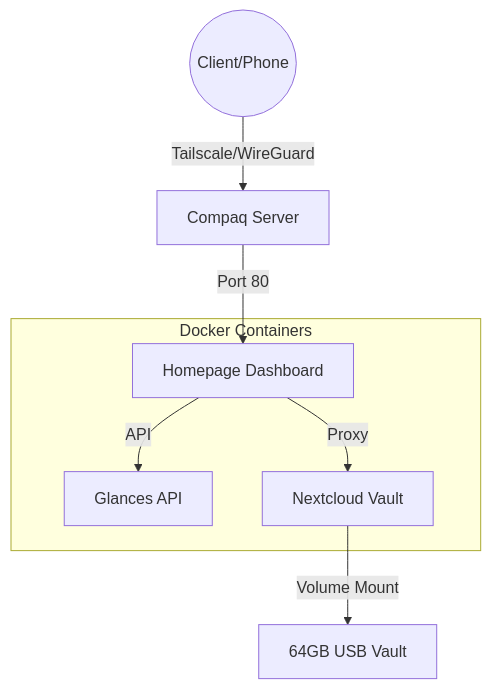
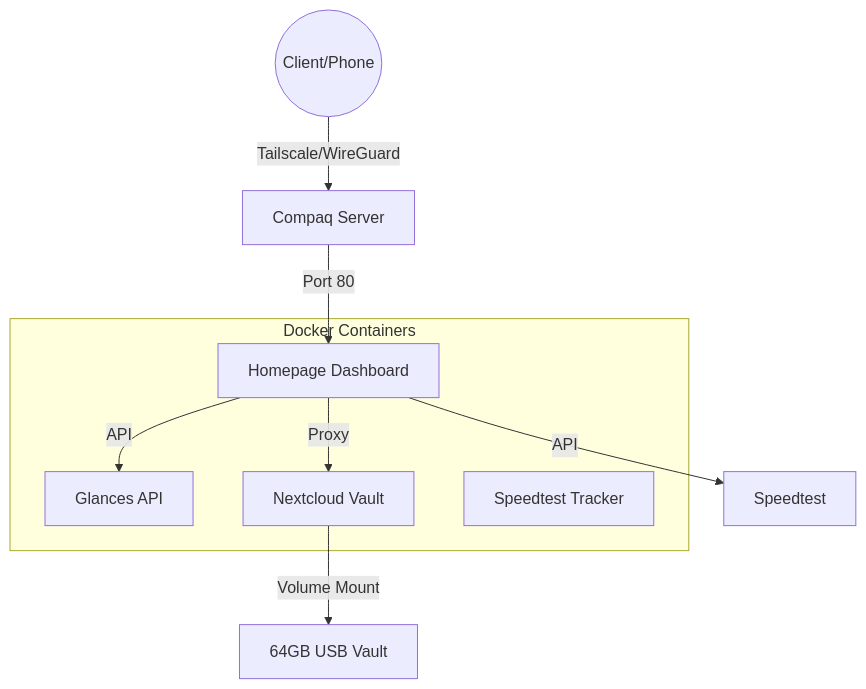
Before and after one commit to TingRongYou/SelfHostedCommandCenter: the diagram in README.md, drawn with Mermaid. The commit also changed other lines of this file and 3 other files, not shown here.

````diff
--- a/README.md
+++ b/README.md
@@ -7,13 +7,15 @@
 ```mermaid
 graph TD
     User((Client/Phone)) -- Tailscale/WireGuard --> Server[Compaq Server]
     subgraph Docker Containers
         Homepage[Homepage Dashboard]
         Glances[Glances API]
         Nextcloud[Nextcloud Vault]
+        SpeedTest[Speedtest Tracker]
     end
     Server -- Port 80 --> Homepage
     Homepage -- API --> Glances
     Homepage -- Proxy --> Nextcloud
+    Homepage -- API --> Speedtest
     Nextcloud -- Volume Mount --> USB[64GB USB Vault]
 ```
````
